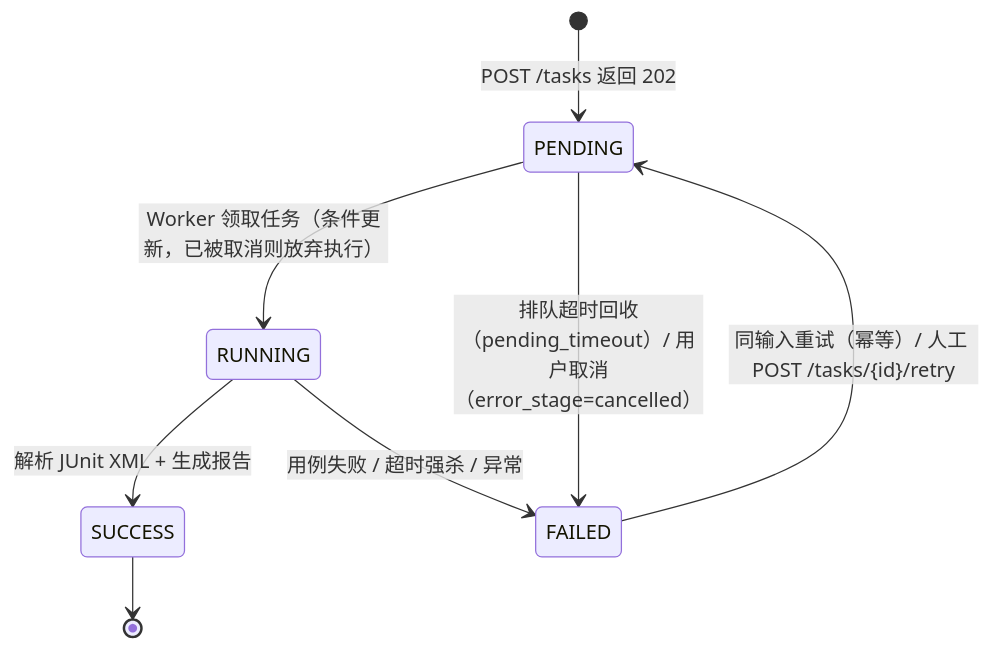
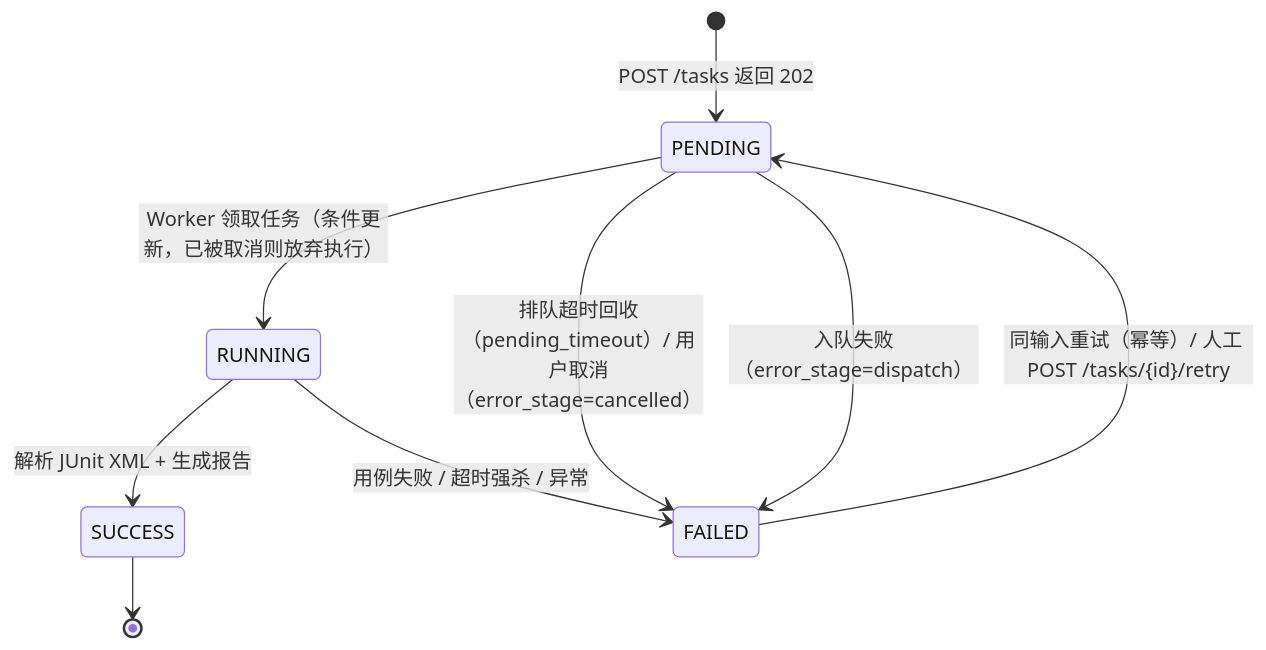
The second of 2 diagrams in README.md (Testamentt/ApiTestPlatform_Backend), drawn with Mermaid before and after one commit. The commit also changed other lines of this file and 7 other files, not shown here.

Commit message:
docs: 与实现对齐的事实修正 11 处（cancel 口径/result_summary 枚举/untested_ops active/README data.id/状态图补边）

````diff
--- a/README.md
+++ b/README.md
@@ -112,10 +112,11 @@
 ```mermaid
 stateDiagram-v2
     [*] --> PENDING: POST /tasks 返回 202
     PENDING --> RUNNING: Worker 领取任务（条件更新，已被取消则放弃执行）
     RUNNING --> SUCCESS: 解析 JUnit XML + 生成报告
     RUNNING --> FAILED: 用例失败 / 超时强杀 / 异常
     PENDING --> FAILED: 排队超时回收（pending_timeout）/ 用户取消（error_stage=cancelled）
+    PENDING --> FAILED: 入队失败（error_stage=dispatch）
     FAILED --> PENDING: 同输入重试（幂等）/ 人工 POST /tasks/{id}/retry
     SUCCESS --> [*]
 ```
````
